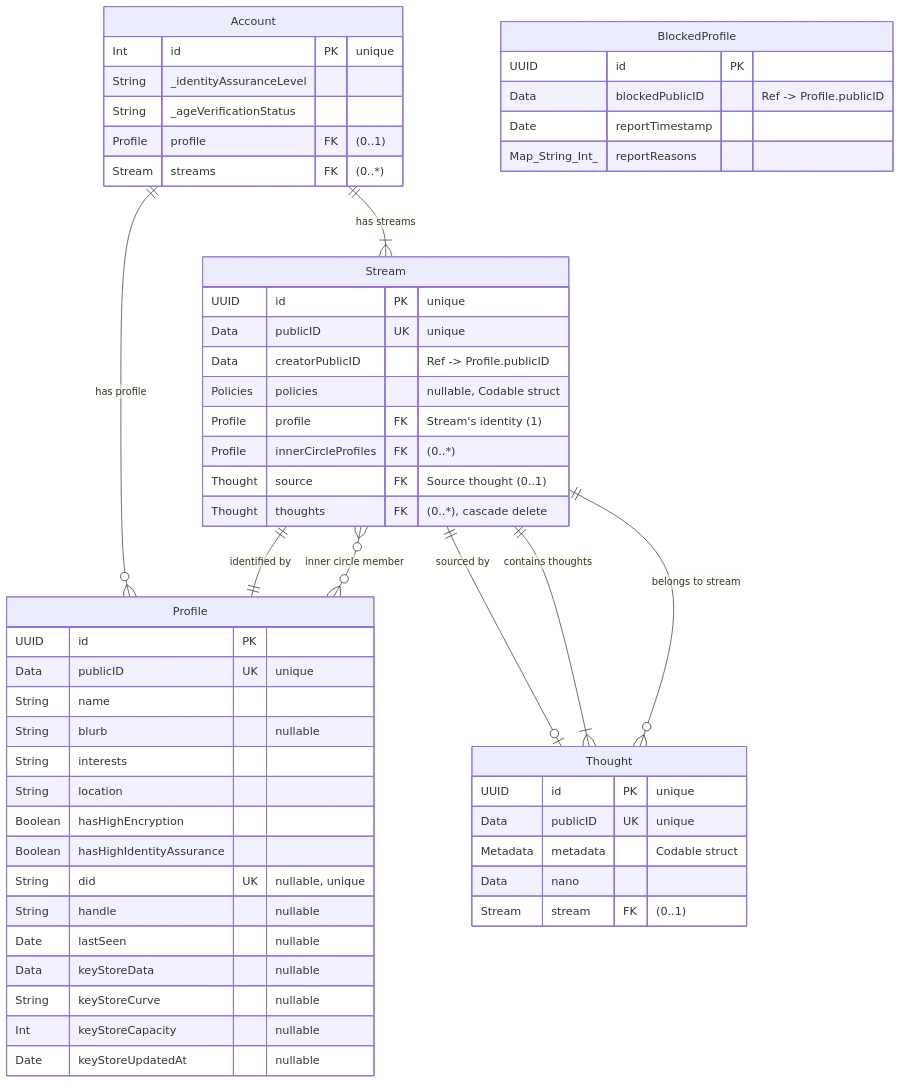
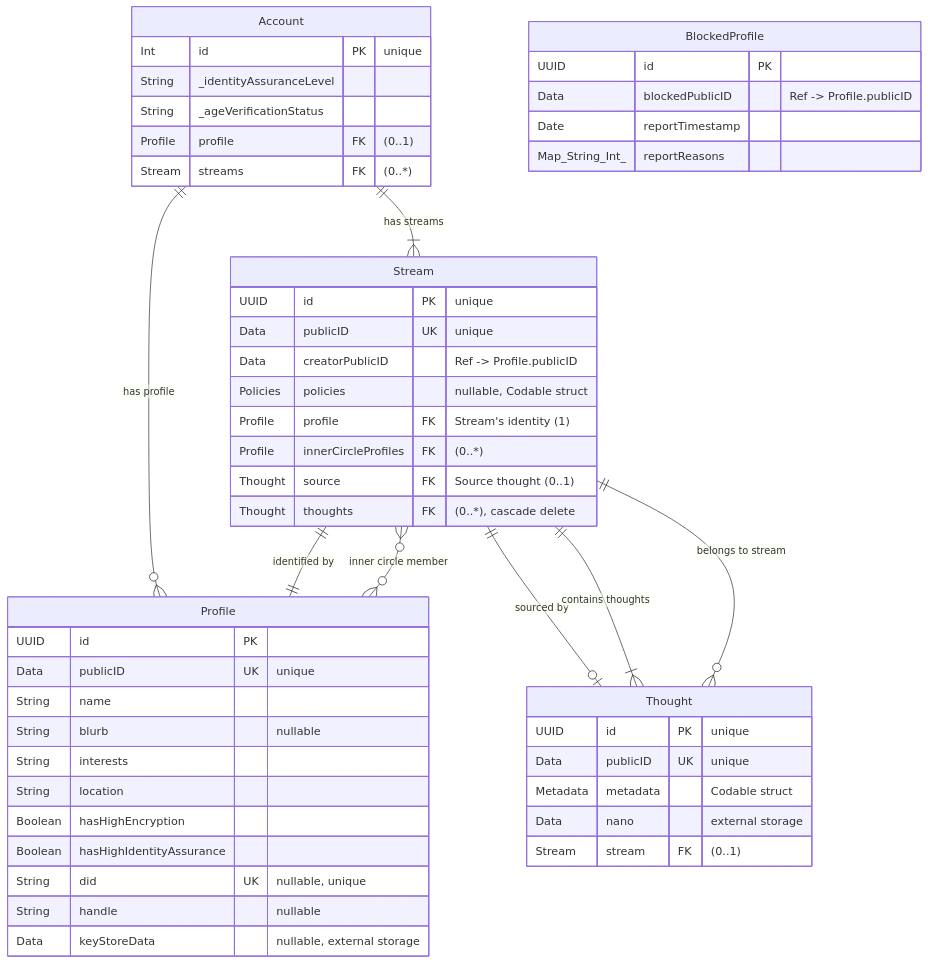
Before and after one commit to arkavo-org/app: the second of 2 diagrams in README.md, drawn with Mermaid. The commit also changed other lines of this file, not shown here.

````diff
--- a/README.md
+++ b/README.md
@@ -160,65 +175,61 @@
 ```mermaid
 erDiagram
     Account {
         Int id PK "unique"
         String _identityAssuranceLevel
         String _ageVerificationStatus
         Profile profile FK "(0..1)"
         Stream streams FK "(0..*)"
     }
 
     Profile {
         UUID id PK
         Data publicID UK "unique"
         String name
         String blurb "nullable"
         String interests
         String location
         Boolean hasHighEncryption
         Boolean hasHighIdentityAssurance
         String did UK "nullable, unique"
         String handle "nullable"
-        Date lastSeen "nullable"
-        Data keyStoreData "nullable"
-        String keyStoreCurve "nullable"
-        Int keyStoreCapacity "nullable"
-        Date keyStoreUpdatedAt "nullable"
+        Data keyStoreData "nullable, external storage"
     }
 
     Stream {
         UUID id PK "unique"
         Data publicID UK "unique"
         Data creatorPublicID "Ref -> Profile.publicID"
         Policies policies "nullable, Codable struct"
         Profile profile FK "Stream's identity (1)"
         Profile innerCircleProfiles FK "(0..*)"
         Thought source FK "Source thought (0..1)"
         Thought thoughts FK "(0..*), cascade delete"
     }
 
     Thought {
         UUID id PK "unique"
         Data publicID UK "unique"
         Metadata metadata "Codable struct"
-        Data nano
+        Data nano "external storage"
         Stream stream FK "(0..1)"
     }
 
     BlockedProfile {
         UUID id PK
         Data blockedPublicID "Ref -> Profile.publicID"
         Date reportTimestamp
         Map_String_Int_ reportReasons
     }
 
     Account ||--o{ Profile : "has profile"
     Account ||--|{ Stream : "has streams"
     Stream ||--|| Profile : "identified by"
     Stream }o--o{ Profile : "inner circle member"
     Stream ||--o| Thought : "sourced by"
     Stream ||--|{ Thought : "contains thoughts"
     Thought }o--|| Stream : "belongs to stream"
 
     %% BlockedProfile conceptually references Profile via blockedPublicID
     %% BlockedProfile .. Profile : "blocks"
 ```
````
